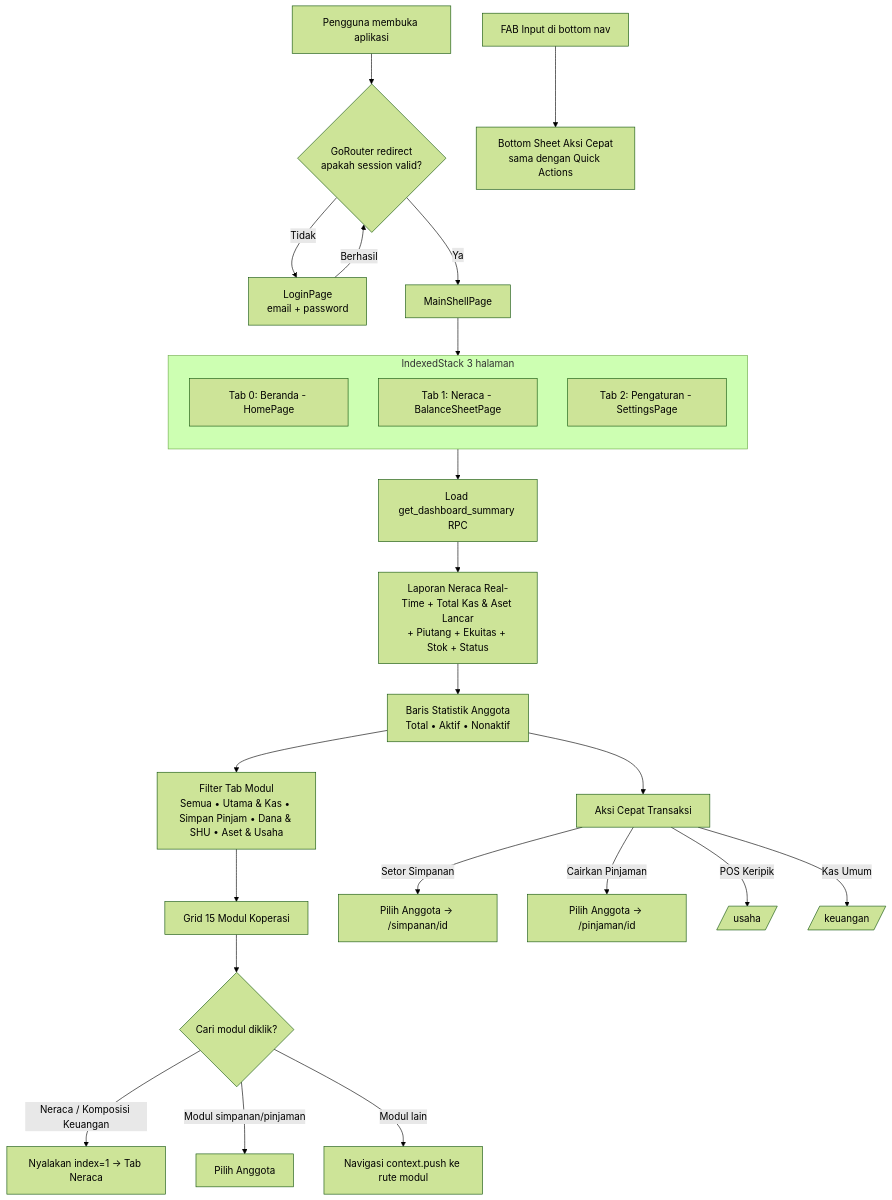
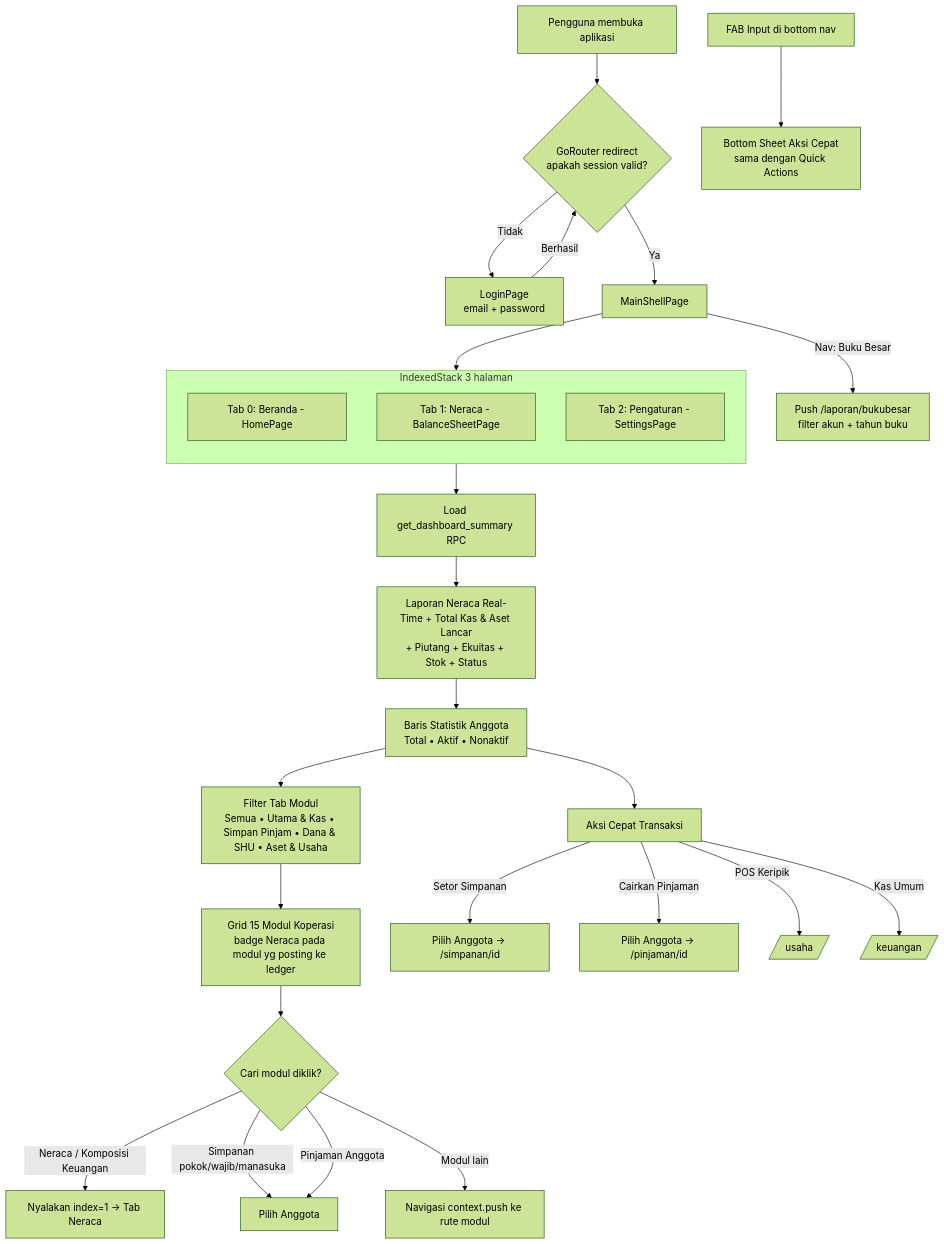
One commit to eLgorythm/sadaya-ksu changed the second of 4 diagrams in Flowchart-Sadaya.md. Above: the diagram before and after it, drawn with Mermaid (forest theme). The commit also changed other lines of this file and 9 other files, not shown here.

Commit message:
feat(ledger): Buku Besar per akun + akrual pajak (2122) + Buku Besar di navbar

````diff
--- a/Flowchart-Sadaya.md
+++ b/Flowchart-Sadaya.md
@@ -67,35 +71,37 @@
 ```mermaid
 flowchart TD
     START[Pengguna membuka aplikasi] --> ROUTE{GoRouter redirect<br/>apakah session valid?}
     ROUTE -->|Tidak| LOGIN[LoginPage<br/>email + password]
     LOGIN -->|Berhasil| ROUTE
     ROUTE -->|Ya| SHELL[MainShellPage]
 
     subgraph SHELL2[IndexedStack 3 halaman]
         direction TB
         H[Tab 0: Beranda - HomePage]
         N[Tab 1: Neraca - BalanceSheetPage]
         S[Tab 2: Pengaturan - SettingsPage]
     end
 
     SHELL --> SHELL2
 
     H --> LOAD[Load get_dashboard_summary RPC]
     LOAD --> HERO[Laporan Neraca Real-Time + Total Kas & Aset Lancar<br/>+ Piutang + Ekuitas + Stok + Status]
     HERO --> STATS[Baris Statistik Anggota<br/>Total • Aktif • Nonaktif]
     STATS --> QA[Aksi Cepat Transaksi]
     STATS --> FILTER[Filter Tab Modul<br/>Semua • Utama & Kas • Simpan Pinjam • Dana & SHU • Aset & Usaha]
-    FILTER --> GRID[Grid 15 Modul Koperasi]
+    FILTER --> GRID[Grid 15 Modul Koperasi<br/>badge Neraca pada modul yg posting ke ledger]
 
     QA -->|Setor Simpanan| QA1[Pilih Anggota → /simpanan/id]
     QA -->|Cairkan Pinjaman| QA2[Pilih Anggota → /pinjaman/id]
     QA -->|POS Keripik| QA3[/usaha/]
     QA -->|Kas Umum| QA4[/keuangan/]
 
     GRID --> TAP{Cari modul diklik?}
     TAP -->|Neraca / Komposisi Keuangan| SW[Nyalakan index=1 → Tab Neraca]
-    TAP -->|Modul simpanan/pinjaman| PICK[Pilih Anggota]
+    TAP -->|Simpanan pokok/wajib/manasuka| PICK[Pilih Anggota]
+    TAP -->|Pinjaman Anggota| PICK
     TAP -->|Modul lain| ROUTE2[Navigasi context.push ke rute modul]
 
     FAB[FAB Input di bottom nav] --> BSheet[Bottom Sheet Aksi Cepat<br/>sama dengan Quick Actions]
+    SHELL -->|Nav: Buku Besar| OWNB[Push /laporan/bukubesar<br/>filter akun + tahun buku]
 ```
````
